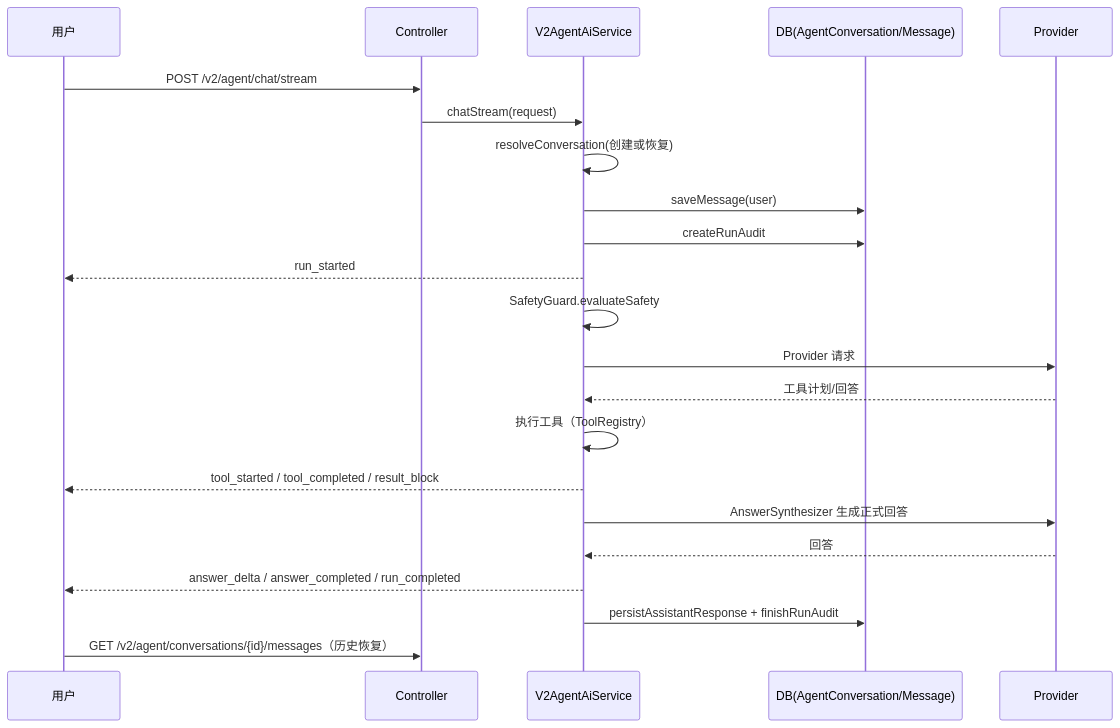
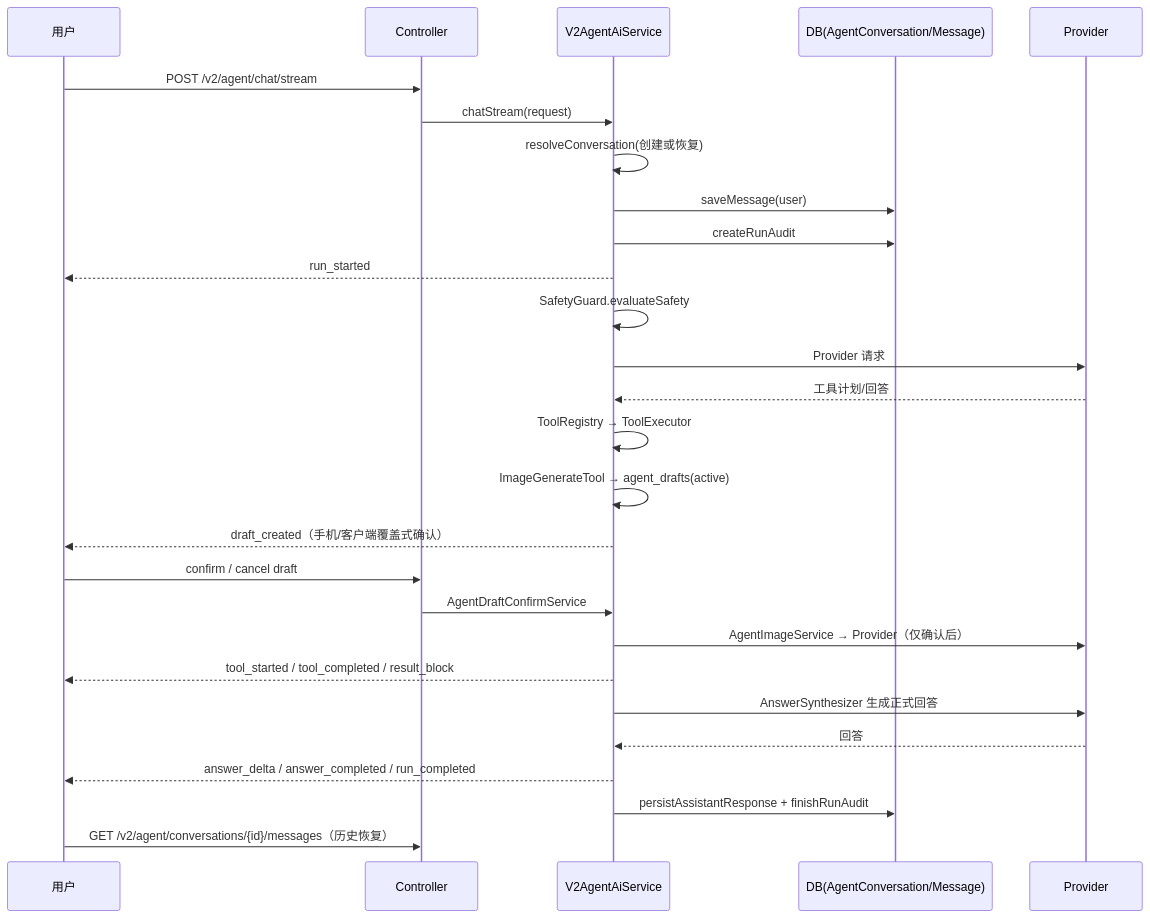
One commit to sxyq/mastergoods changed the diagram in docs/03_系统设计/Agent系统设计/对话生命周期设计.md. Above: the diagram before and after it, drawn with Mermaid. The commit also changed other lines of this file and 44 other files, not shown here.

````diff
--- a/docs/03_系统设计/Agent系统设计/对话生命周期设计.md
+++ b/docs/03_系统设计/Agent系统设计/对话生命周期设计.md
@@ -32,24 +32,29 @@
 ```mermaid
 sequenceDiagram
     participant U as 用户
     participant C as Controller
     participant S as V2AgentAiService
     participant D as DB(AgentConversation/Message)
     participant P as Provider
     U->>C: POST /v2/agent/chat/stream
     C->>S: chatStream(request)
     S->>S: resolveConversation(创建或恢复)
     S->>D: saveMessage(user)
     S->>D: createRunAudit
     S-->>U: run_started
     S->>S: SafetyGuard.evaluateSafety
     S->>P: Provider 请求
     P-->>S: 工具计划/回答
-    S->>S: 执行工具（ToolRegistry）
+    S->>S: ToolRegistry → ToolExecutor
+    S->>S: ImageGenerateTool → agent_drafts(active)
+    S-->>U: draft_created（手机/客户端覆盖式确认）
+    U->>C: confirm / cancel draft
+    C->>S: AgentDraftConfirmService
+    S->>P: AgentImageService → Provider（仅确认后）
     S-->>U: tool_started / tool_completed / result_block
     S->>P: AnswerSynthesizer 生成正式回答
     P-->>S: 回答
     S-->>U: answer_delta / answer_completed / run_completed
     S->>D: persistAssistantResponse + finishRunAudit
     U->>C: GET /v2/agent/conversations/{id}/messages（历史恢复）
 ```
````
